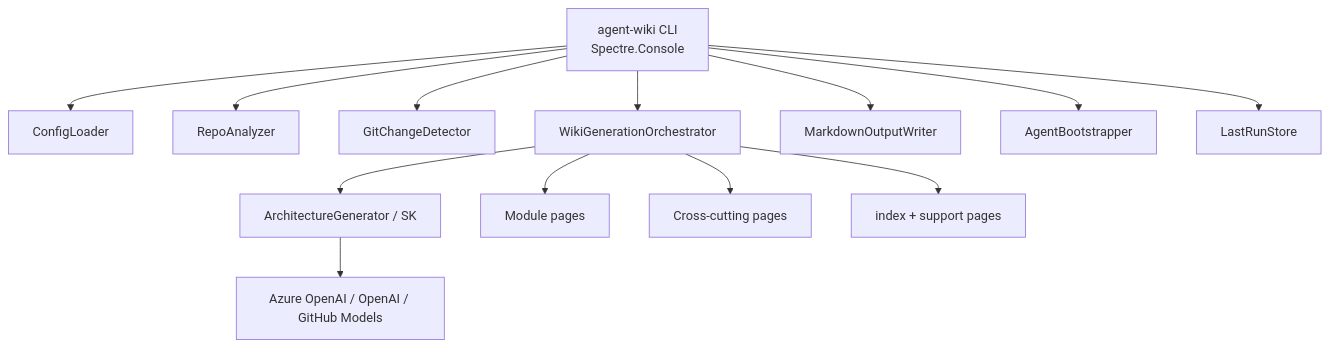
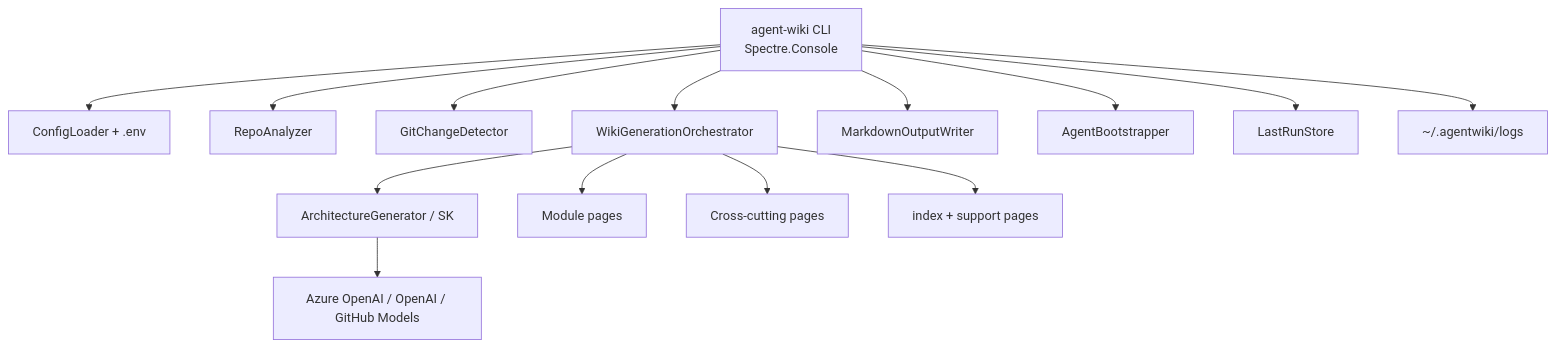
Before and after one commit to MarshallMoorman/AgentWiki: the diagram in README.md, drawn with Mermaid. The commit also changed other lines of this file and 26 other files, not shown here.

````diff
--- a/README.md
+++ b/README.md
@@ -57,15 +56,16 @@
 ```mermaid
 flowchart TB
-    CLI[agent-wiki CLI<br/>Spectre.Console] --> Config[ConfigLoader]
+    CLI[agent-wiki CLI<br/>Spectre.Console] --> Config[ConfigLoader + .env]
     CLI --> Analyzer[RepoAnalyzer]
     CLI --> Changes[GitChangeDetector]
     CLI --> Orch[WikiGenerationOrchestrator]
     Orch --> Arch[ArchitectureGenerator / SK]
     Orch --> Modules[Module pages]
     Orch --> Cross[Cross-cutting pages]
     Orch --> Index[index + support pages]
     CLI --> Writer[MarkdownOutputWriter]
     CLI --> Boot[AgentBootstrapper]
     CLI --> LastRun[LastRunStore]
     Arch --> LLM[Azure OpenAI / OpenAI / GitHub Models]
+    CLI --> Logs["~/.agentwiki/logs"]
 ```
````
